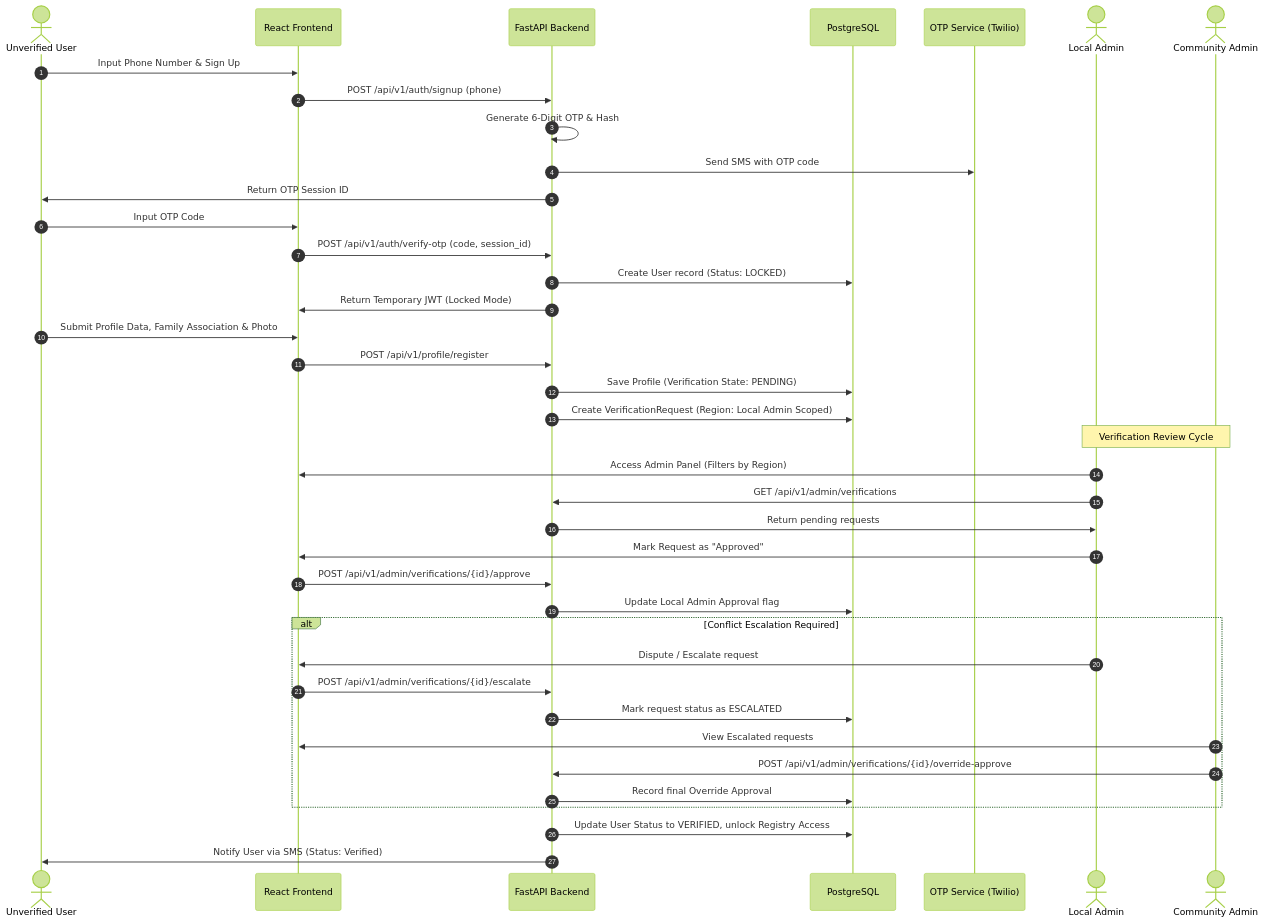
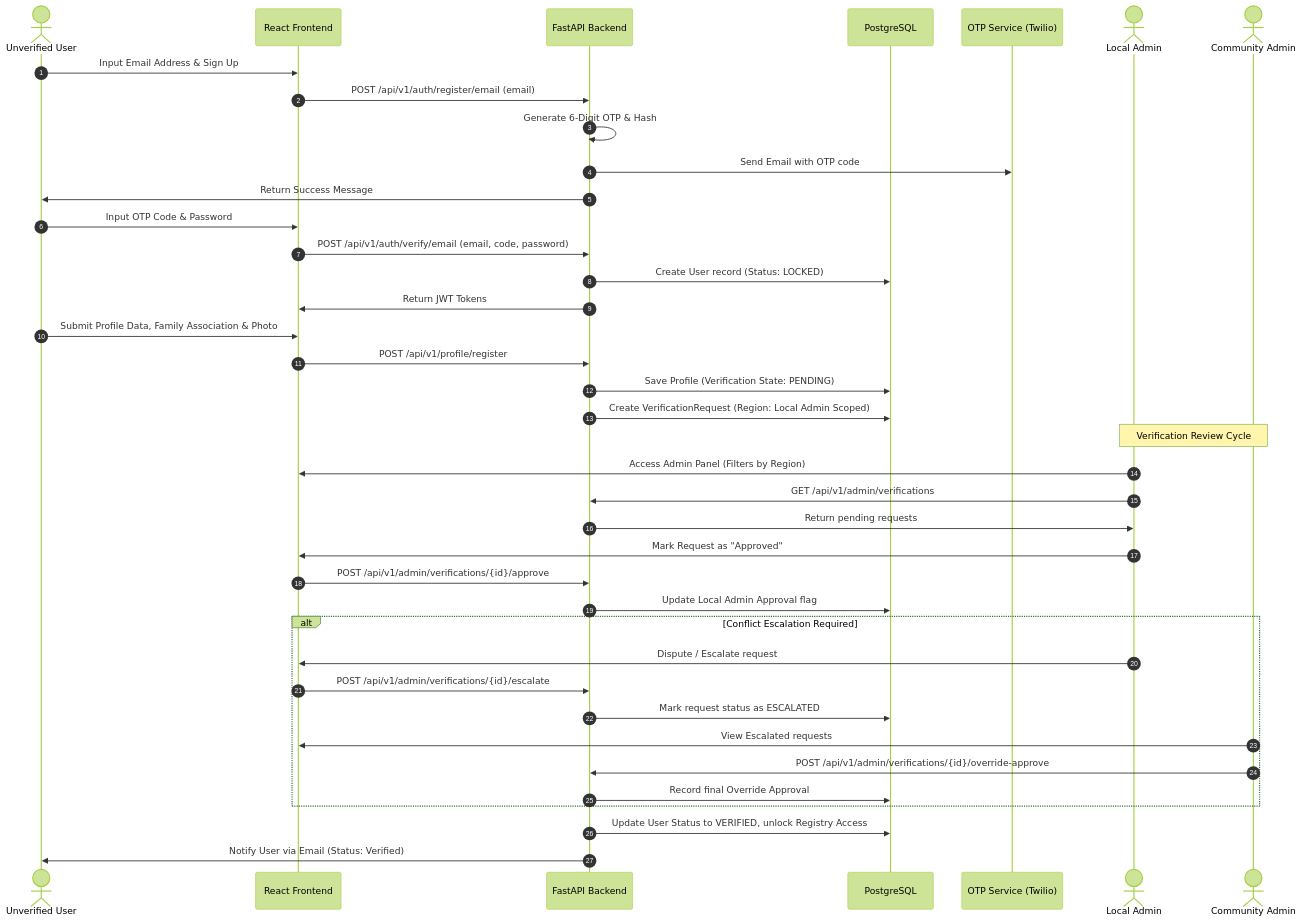
One commit to abhiyaligar/communityconnect changed the third of 6 diagrams in docs/System_Architecture.md. Above: the diagram before and after it, drawn with Mermaid (forest theme). The commit also changed other lines of this file and 7 other files, not shown here.

````diff
--- a/docs/System_Architecture.md
+++ b/docs/System_Architecture.md
@@ -213,46 +213,46 @@
 ```mermaid
 sequenceDiagram
     autonumber
     actor User as Unverified User
     participant FE as React Frontend
     participant BE as FastAPI Backend
     participant DB as PostgreSQL
     participant SMS as OTP Service (Twilio)
     actor LA as Local Admin
     actor CA as Community Admin
 
-    User->>FE: Input Phone Number & Sign Up
-    FE->>BE: POST /api/v1/auth/signup (phone)
+    User->>FE: Input Email Address & Sign Up
+    FE->>BE: POST /api/v1/auth/register/email (email)
     BE->>BE: Generate 6-Digit OTP & Hash
-    BE->>SMS: Send SMS with OTP code
-    BE->>User: Return OTP Session ID
-    User->>FE: Input OTP Code
-    FE->>BE: POST /api/v1/auth/verify-otp (code, session_id)
+    BE->>SMS: Send Email with OTP code
+    BE->>User: Return Success Message
+    User->>FE: Input OTP Code & Password
+    FE->>BE: POST /api/v1/auth/verify/email (email, code, password)
     BE->>DB: Create User record (Status: LOCKED)
-    BE->>FE: Return Temporary JWT (Locked Mode)
+    BE->>FE: Return JWT Tokens
     
     User->>FE: Submit Profile Data, Family Association & Photo
     FE->>BE: POST /api/v1/profile/register
     BE->>DB: Save Profile (Verification State: PENDING)
     BE->>DB: Create VerificationRequest (Region: Local Admin Scoped)
     
     Note over LA, CA: Verification Review Cycle
     LA->>FE: Access Admin Panel (Filters by Region)
     LA->>BE: GET /api/v1/admin/verifications
     BE->>LA: Return pending requests
     LA->>FE: Mark Request as "Approved"
     FE->>BE: POST /api/v1/admin/verifications/{id}/approve
     BE->>DB: Update Local Admin Approval flag
     
     alt Conflict Escalation Required
         LA->>FE: Dispute / Escalate request
         FE->>BE: POST /api/v1/admin/verifications/{id}/escalate
         BE->>DB: Mark request status as ESCALATED
         CA->>FE: View Escalated requests
         CA->>BE: POST /api/v1/admin/verifications/{id}/override-approve
         BE->>DB: Record final Override Approval
     end
 
     BE->>DB: Update User Status to VERIFIED, unlock Registry Access
-    BE->>User: Notify User via SMS (Status: Verified)
+    BE->>User: Notify User via Email (Status: Verified)
 ```
````
